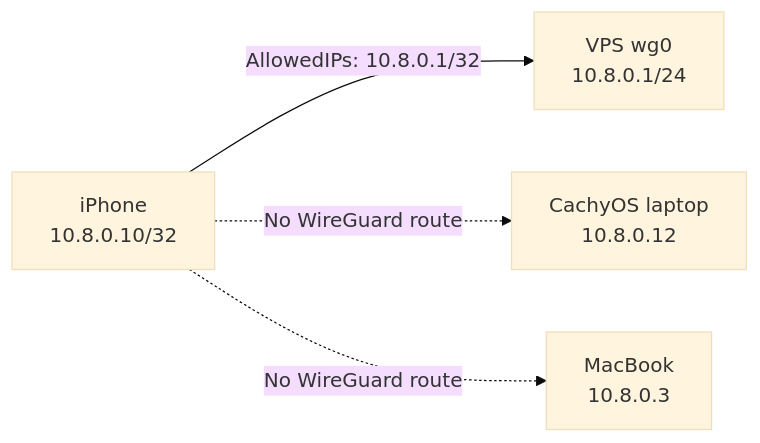
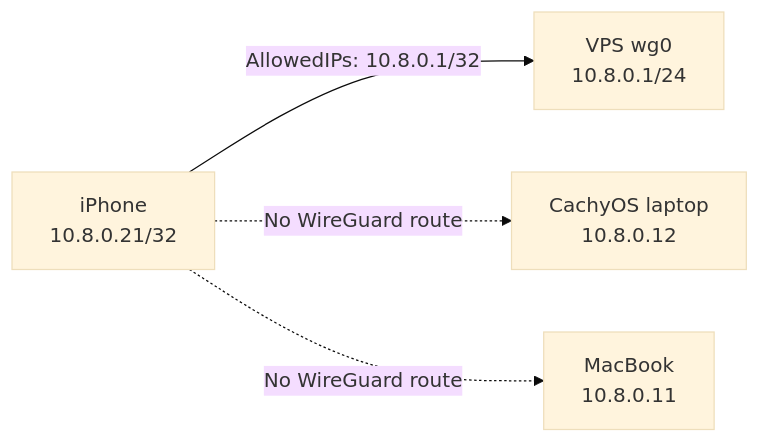
Before and after one commit to Manuel0516/zero-five-handbook: the diagram in content/docs/iphone/wireguard.mdx, drawn with Mermaid (base theme). The commit also changed other lines of this file and 22 other files, not shown here.

````diff
--- a/content/docs/iphone/wireguard.mdx
+++ b/content/docs/iphone/wireguard.mdx
@@ -19,11 +19,11 @@
 ```mermaid
 flowchart LR
-    phone["iPhone<br/>10.8.0.10/32"]
+    phone["iPhone<br/>10.8.0.21/32"]
     vps["VPS wg0<br/>10.8.0.1/24"]
     laptop["CachyOS laptop<br/>10.8.0.12"]
-    mac["MacBook<br/>10.8.0.3"]
+    mac["MacBook<br/>10.8.0.11"]
 
     phone -->|"AllowedIPs: 10.8.0.1/32"| vps
     phone -. "No WireGuard route" .-> laptop
     phone -. "No WireGuard route" .-> mac
 ```
````
